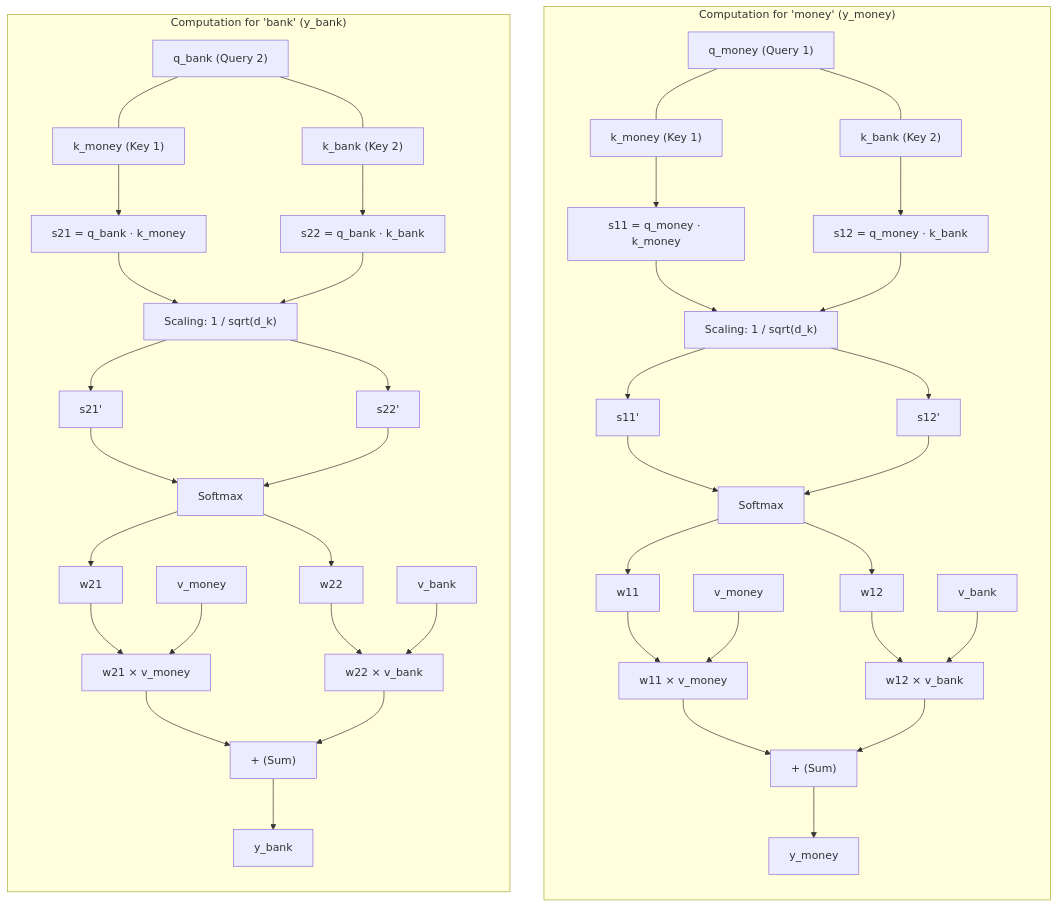
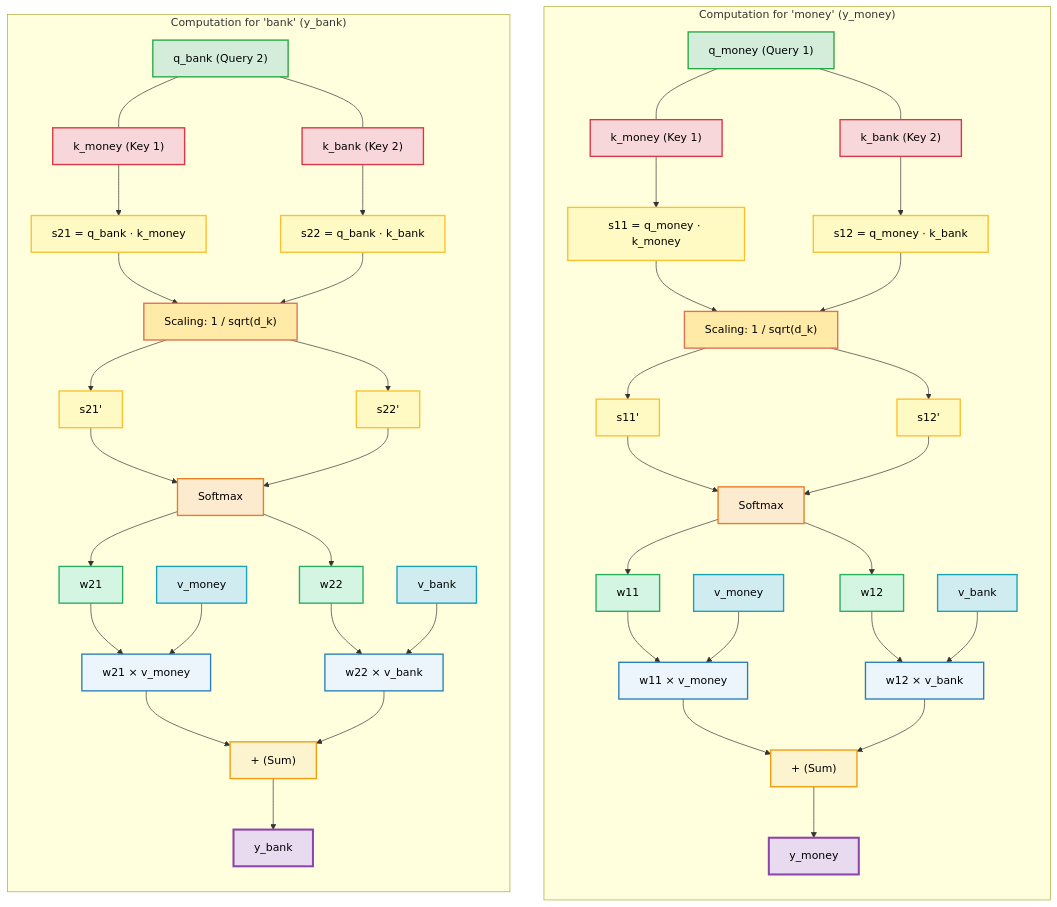
Before and after one commit to holycompile/Machine_Learning: the third of 4 diagrams in self_attention_notes.md, drawn with Mermaid. The commit also changed other lines of this file and 4 other files, not shown here.

````diff
--- a/self_attention_notes.md
+++ b/self_attention_notes.md
@@ -101,100 +111,111 @@
 ```mermaid
 flowchart TD
+    classDef qStyle fill:#D4EDDA,stroke:#28A745,stroke-width:2px,color:#000;
+    classDef kStyle fill:#F8D7DA,stroke:#DC3545,stroke-width:2px,color:#000;
+    classDef scoreStyle fill:#FFF9C4,stroke:#FBC02D,stroke-width:2px,color:#000;
+    classDef scaleStyle fill:#FFEAA7,stroke:#E17055,stroke-width:2px,color:#000;
+    classDef softStyle fill:#FDEBD0,stroke:#E67E22,stroke-width:2px,color:#000;
+    classDef wStyle fill:#D5F5E3,stroke:#27AE60,stroke-width:2px,color:#000;
+    classDef vStyle fill:#D1ECF1,stroke:#17A2B8,stroke-width:2px,color:#000;
+    classDef multStyle fill:#EBF5FB,stroke:#2980B9,stroke-width:2px,color:#000;
+    classDef addStyle fill:#FCF3CF,stroke:#F39C12,stroke-width:2px,color:#000;
+    classDef outStyle fill:#E8DAEF,stroke:#8E44AD,stroke-width:3px,color:#000;
+
     %% Left Branch: Output for 'money'
     subgraph BranchMoney["Computation for 'money' (y_money)"]
         direction TB
-        qm1["q_money (Query 1)"]
-        km1["k_money (Key 1)"]
-        kb1["k_bank (Key 2)"]
+        qm1["q_money (Query 1)"]:::qStyle
+        km1["k_money (Key 1)"]:::kStyle
+        kb1["k_bank (Key 2)"]:::kStyle
 
-        dot11["s11 = q_money · k_money"]
-        dot12["s12 = q_money · k_bank"]
+        dot11["s11 = q_money · k_money"]:::scoreStyle
+        dot12["s12 = q_money · k_bank"]:::scoreStyle
 
         qm1 --- km1 --> dot11
         qm1 --- kb1 --> dot12
 
-        scale1["Scaling: 1 / sqrt(d_k)"]
+        scale1["Scaling: 1 / sqrt(d_k)"]:::scaleStyle
         dot11 --> scale1
         dot12 --> scale1
 
-        s11_prime["s11'"]
-        s12_prime["s12'"]
+        s11_prime["s11'"]:::scoreStyle
+        s12_prime["s12'"]:::scoreStyle
         scale1 --> s11_prime
         scale1 --> s12_prime
 
-        soft1["Softmax"]
+        soft1["Softmax"]:::softStyle
         s11_prime --> soft1
         s12_prime --> soft1
 
-        w11["w11"]
-        w12["w12"]
+        w11["w11"]:::wStyle
+        w12["w12"]:::wStyle
         soft1 --> w11
         soft1 --> w12
 
-        vm1["v_money"]
-        vb1["v_bank"]
+        vm1["v_money"]:::vStyle
+        vb1["v_bank"]:::vStyle
 
-        mult11["w11 × v_money"]
-        mult12["w12 × v_bank"]
+        mult11["w11 × v_money"]:::multStyle
+        mult12["w12 × v_bank"]:::multStyle
         w11 --> mult11
         vm1 --> mult11
         w12 --> mult12
         vb1 --> mult12
 
-        add1["+ (Sum)"]
+        add1["+ (Sum)"]:::addStyle
         mult11 --> add1
         mult12 --> add1
 
-        ymoney["y_money"]
+        ymoney["y_money"]:::outStyle
         add1 --> ymoney
     end
 
     %% Right Branch: Output for 'bank'
     subgraph BranchBank["Computation for 'bank' (y_bank)"]
         direction TB
-        qb2["q_bank (Query 2)"]
-        km2["k_money (Key 1)"]
-        kb2["k_bank (Key 2)"]
+        qb2["q_bank (Query 2)"]:::qStyle
+        km2["k_money (Key 1)"]:::kStyle
+        kb2["k_bank (Key 2)"]:::kStyle
 
-        dot21["s21 = q_bank · k_money"]
-        dot22["s22 = q_bank · k_bank"]
+        dot21["s21 = q_bank · k_money"]:::scoreStyle
+        dot22["s22 = q_bank · k_bank"]:::scoreStyle
 
         qb2 --- km2 --> dot21
         qb2 --- kb2 --> dot22
 
-        scale2["Scaling: 1 / sqrt(d_k)"]
+        scale2["Scaling: 1 / sqrt(d_k)"]:::scaleStyle
         dot21 --> scale2
         dot22 --> scale2
 
-        s21_prime["s21'"]
-        s22_prime["s22'"]
+        s21_prime["s21'"]:::scoreStyle
+        s22_prime["s22'"]:::scoreStyle
         scale2 --> s21_prime
         scale2 --> s22_prime
 
-        soft2["Softmax"]
+        soft2["Softmax"]:::softStyle
         s21_prime --> soft2
         s22_prime --> soft2
 
-        w21["w21"]
-        w22["w22"]
+        w21["w21"]:::wStyle
+        w22["w22"]:::wStyle
         soft2 --> w21
         soft2 --> w22
 
-        vm2["v_money"]
-        vb2["v_bank"]
+        vm2["v_money"]:::vStyle
+        vb2["v_bank"]:::vStyle
 
-        mult21["w21 × v_money"]
-        mult22["w22 × v_bank"]
+        mult21["w21 × v_money"]:::multStyle
+        mult22["w22 × v_bank"]:::multStyle
         w21 --> mult21
         vm2 --> mult21
         w22 --> mult22
         vb2 --> mult22
 
-        add2["+ (Sum)"]
+        add2["+ (Sum)"]:::addStyle
         mult21 --> add2
         mult22 --> add2
 
-        ybank["y_bank"]
+        ybank["y_bank"]:::outStyle
         add2 --> ybank
     end
 ```
````
